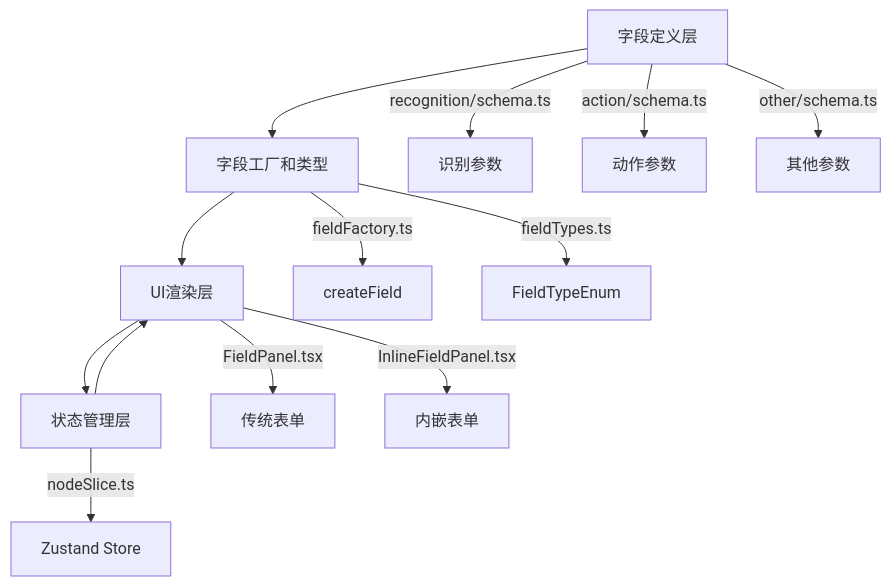
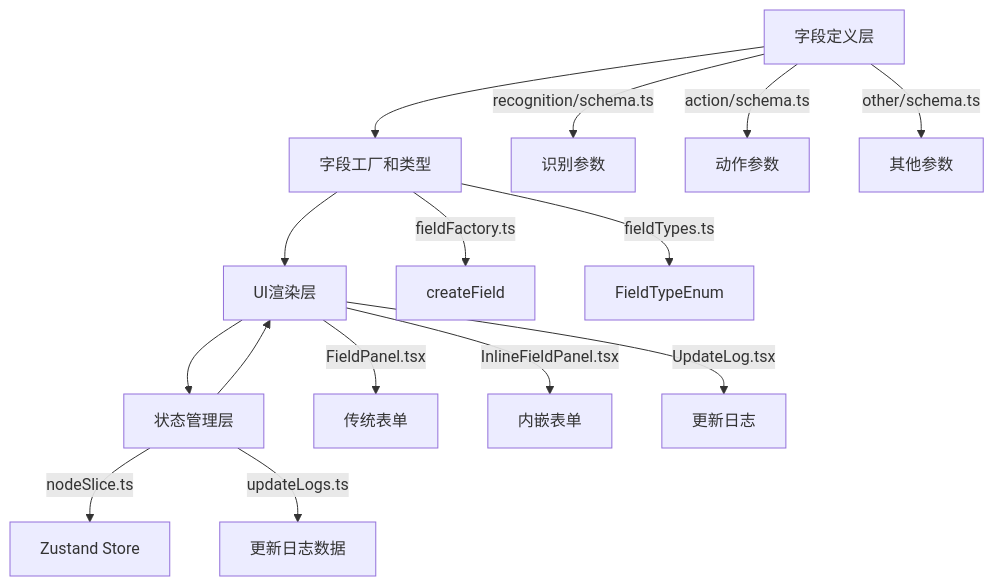
The second of 8 diagrams in .qoder/repowiki/zh/content/核心概念/字段面板/字段面板.md (kqcoxn/MaaPipelineEditor), drawn with Mermaid before and after one commit. The commit also changed other lines of this file and 23 other files, not shown here.

````diff
--- a/.qoder/repowiki/zh/content/核心概念/字段面板/字段面板.md
+++ b/.qoder/repowiki/zh/content/核心概念/字段面板/字段面板.md
@@ -124,15 +145,17 @@
 ```mermaid
 graph TD
 A[字段定义层] --> B[字段工厂和类型]
 B --> C[UI渲染层]
 C --> D[状态管理层]
 D --> C
 A --> |recognition/schema.ts| A1[识别参数]
 A --> |action/schema.ts| A2[动作参数]
 A --> |other/schema.ts| A3[其他参数]
 B --> |fieldFactory.ts| B1[createField]
 B --> |fieldTypes.ts| B2[FieldTypeEnum]
 C --> |FieldPanel.tsx| C1[传统表单]
 C --> |InlineFieldPanel.tsx| C2[内嵌表单]
+C --> |UpdateLog.tsx| C3[更新日志]
 D --> |nodeSlice.ts| D1[Zustand Store]
+D --> |updateLogs.ts| D2[更新日志数据]
 ```
````
